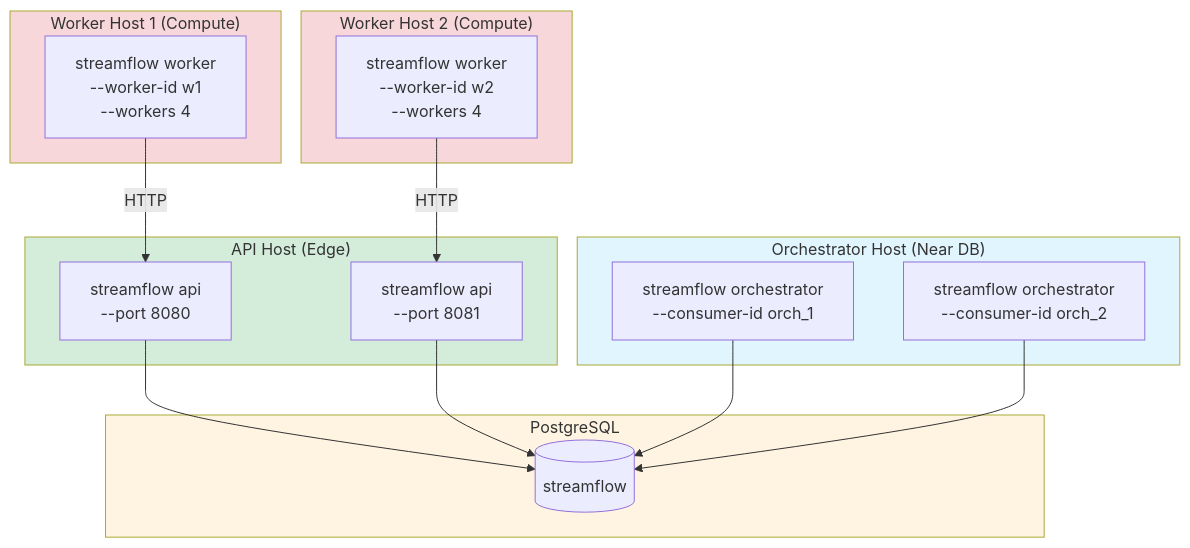
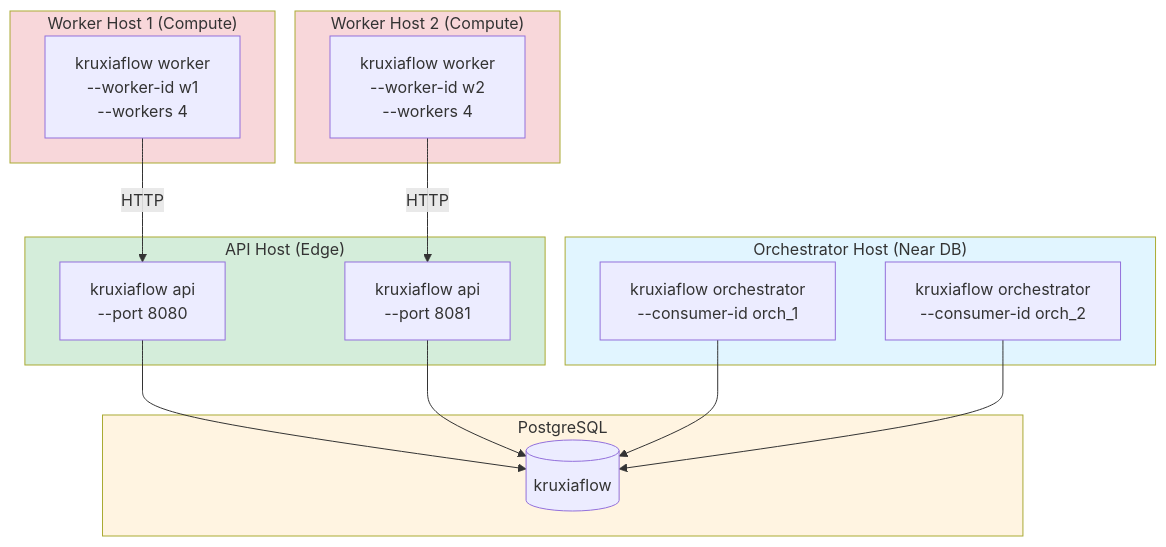
One commit to kruxia/kruxiaflow changed the first of 2 diagrams in docs/implementation/US-1C.3-individual-service-launchers.md. Above: the diagram before and after it, drawn with Mermaid. The commit also changed other lines of this file and 239 other files, not shown here.

Commit message:
Rename StreamFlow => Kruxia Flow

````diff
--- a/docs/implementation/US-1C.3-individual-service-launchers.md
+++ b/docs/implementation/US-1C.3-individual-service-launchers.md
@@ -52,37 +52,37 @@
 ```mermaid
 flowchart TB
     subgraph Host1["API Host (Edge)"]
-        API1[streamflow api<br/>--port 8080]
-        API2[streamflow api<br/>--port 8081]
+        API1[kruxiaflow api<br/>--port 8080]
+        API2[kruxiaflow api<br/>--port 8081]
     end
 
     subgraph Host2["Orchestrator Host (Near DB)"]
-        Orch1[streamflow orchestrator<br/>--consumer-id orch_1]
-        Orch2[streamflow orchestrator<br/>--consumer-id orch_2]
+        Orch1[kruxiaflow orchestrator<br/>--consumer-id orch_1]
+        Orch2[kruxiaflow orchestrator<br/>--consumer-id orch_2]
     end
 
     subgraph Host3["Worker Host 1 (Compute)"]
-        W1[streamflow worker<br/>--worker-id w1<br/>--workers 4]
+        W1[kruxiaflow worker<br/>--worker-id w1<br/>--workers 4]
     end
 
     subgraph Host4["Worker Host 2 (Compute)"]
-        W2[streamflow worker<br/>--worker-id w2<br/>--workers 4]
+        W2[kruxiaflow worker<br/>--worker-id w2<br/>--workers 4]
     end
 
     subgraph DB["PostgreSQL"]
-        PG[(streamflow)]
+        PG[(kruxiaflow)]
     end
 
     API1 --> PG
     API2 --> PG
     Orch1 --> PG
     Orch2 --> PG
     W1 -->|HTTP| API1
     W2 -->|HTTP| API2
 
     style Host1 fill:#d4edda
     style Host2 fill:#e1f5ff
     style Host3 fill:#f8d7da
     style Host4 fill:#f8d7da
     style DB fill:#fff4e1
 ```
````
